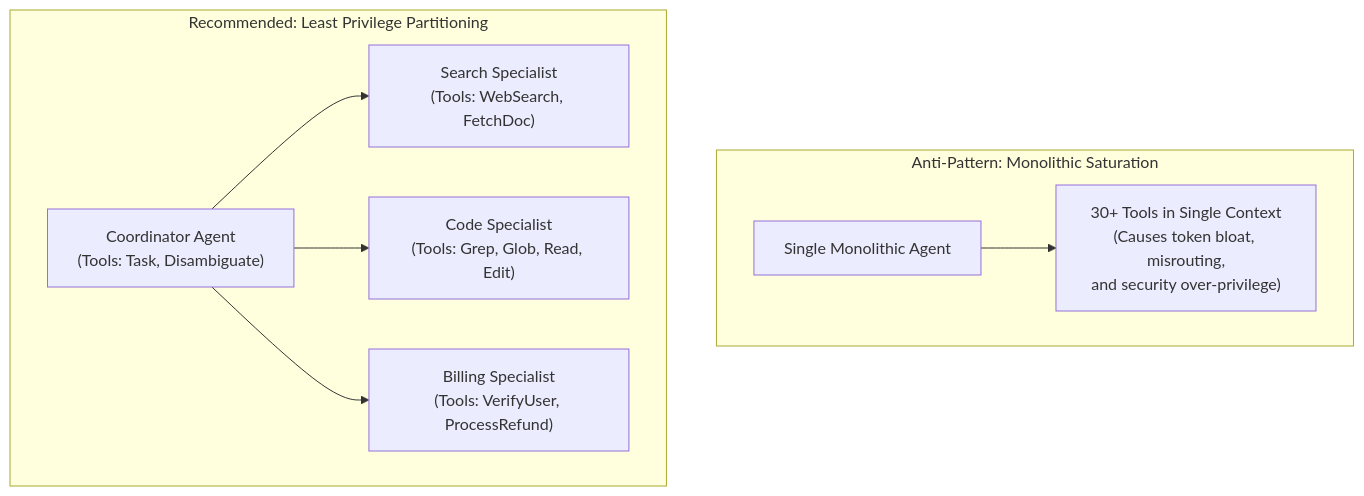
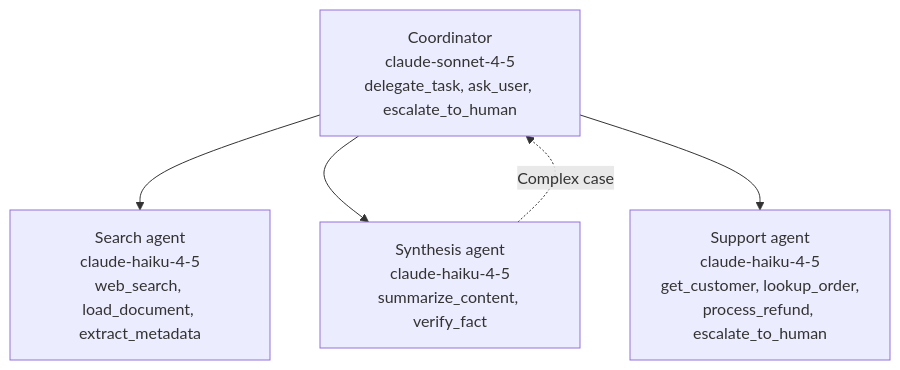
One commit to dip4k/claude_cert_architect_foundation_prep changed the diagram in domain2/ts_2_3_tool_distribution_and_choice/README.md. Above: the diagram before and after it, drawn with Mermaid. The commit also changed other lines of this file and 133 other files, not shown here.

````diff
--- a/domain2/ts_2_3_tool_distribution_and_choice/README.md
+++ b/domain2/ts_2_3_tool_distribution_and_choice/README.md
@@ -70,14 +73,8 @@
 ```mermaid
 flowchart TD
-    subgraph AntiPattern["Anti-Pattern: Monolithic Saturation"]
-        MonoAgent["Single Monolithic Agent"]
-        MonoAgent --> Tools30["30+ Tools in Single Context<br>(Causes token bloat, misrouting,<br>and security over-privilege)"]
-    end
-
-    subgraph Partitioned["Recommended: Least Privilege Partitioning"]
-        Coordinator["Coordinator Agent<br>(Tools: Task, Disambiguate)"]
-        Coordinator --> SearchAgent["Search Specialist<br>(Tools: WebSearch, FetchDoc)"]
-        Coordinator --> CodeAgent["Code Specialist<br>(Tools: Grep, Glob, Read, Edit)"]
-        Coordinator --> BillingAgent["Billing Specialist<br>(Tools: VerifyUser, ProcessRefund)"]
-    end
+    Coord["Coordinator<br>claude-sonnet-4-5<br>delegate_task, ask_user, escalate_to_human"]
+    Coord --> Search["Search agent<br>claude-haiku-4-5<br>web_search, load_document, extract_metadata"]
+    Coord --> Synth["Synthesis agent<br>claude-haiku-4-5<br>summarize_content, verify_fact"]
+    Coord --> Support["Support agent<br>claude-haiku-4-5<br>get_customer, lookup_order,<br>process_refund, escalate_to_human"]
+    Synth -.->|"Complex case"| Coord
 ```
````
